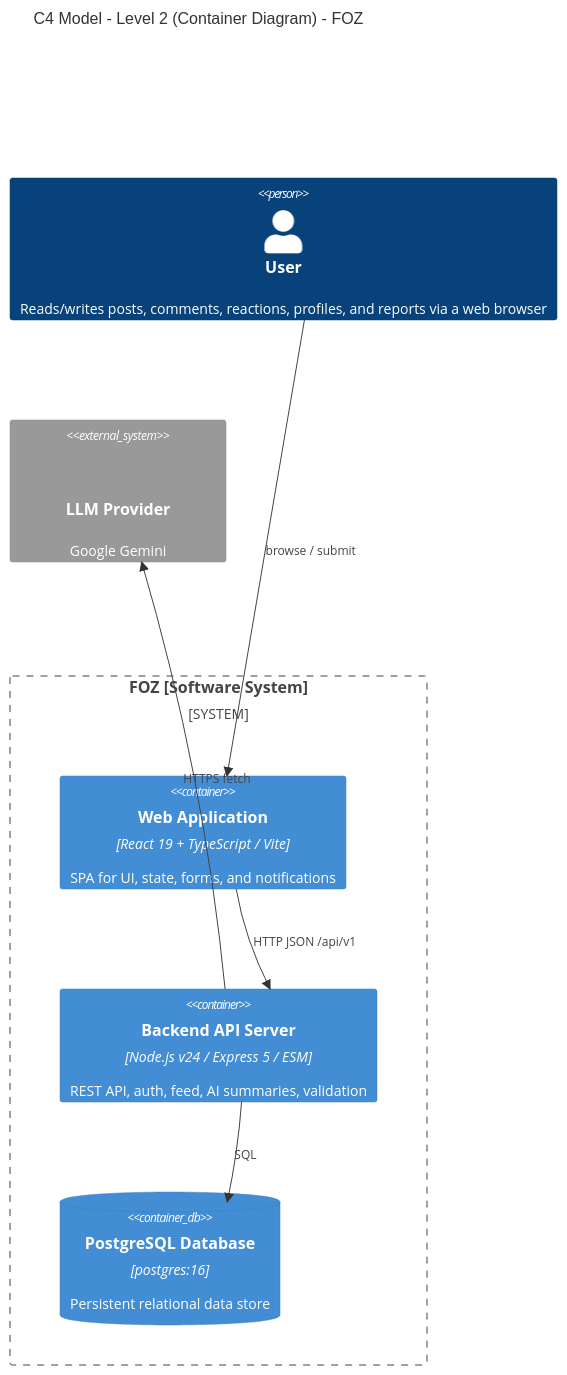
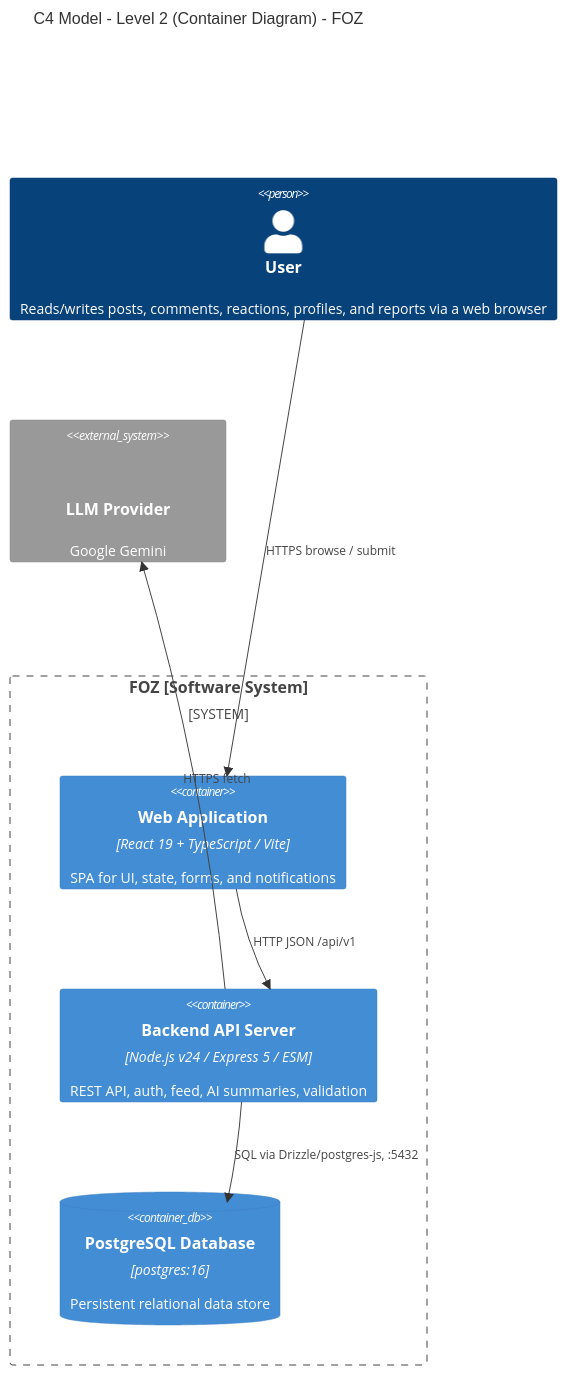
Before and after one commit to anvn12/FOZ: the second of 4 diagrams in docs/01 - PA/PA4-Group06/PA4.md, drawn with Mermaid. The commit also changed other lines of this file, not shown here.

````diff
--- a/docs/01 - PA/PA4-Group06/PA4.md
+++ b/docs/01 - PA/PA4-Group06/PA4.md
@@ -115,21 +113,21 @@
 ```mermaid
 C4Container
     title C4 Model - Level 2 (Container Diagram) - FOZ
 
     Person(User, "User", "Reads/writes posts, comments, reactions, profiles, and reports via a web browser")
 
     System_Boundary(FOZ_Boundary, "FOZ [Software System]", "Threads-style community forum") {
       Container(WebApp, "Web Application", "React 19 + TypeScript / Vite", "SPA for UI, state, forms, and notifications")
         
       Container(Backend, "Backend API Server", "Node.js v24 / Express 5 / ESM", "REST API, auth, feed, AI summaries, validation")
         
       ContainerDb(Database, "PostgreSQL Database", "postgres:16", "Persistent relational data store")
     }
 
     System_Ext(LLMProvider, "LLM Provider", "Google Gemini", "AI TL;DR summary generation")
 
-    Rel_R(User, WebApp, "browse / submit")
+    Rel_R(User, WebApp, "HTTPS browse / submit")
     Rel_R(WebApp, Backend, "HTTP JSON /api/v1")
-    Rel_D(Backend, Database, "SQL")
+    Rel_D(Backend, Database, "SQL via Drizzle/postgres-js, :5432")
     Rel_R(Backend, LLMProvider, "HTTPS fetch")
 ```
````
